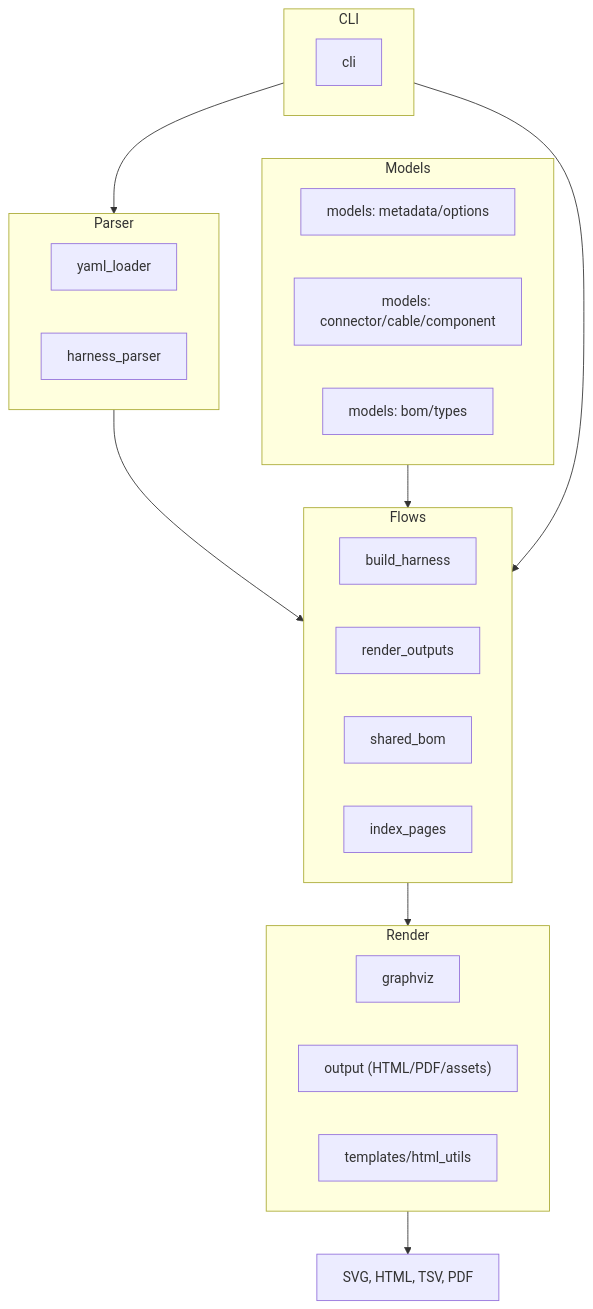
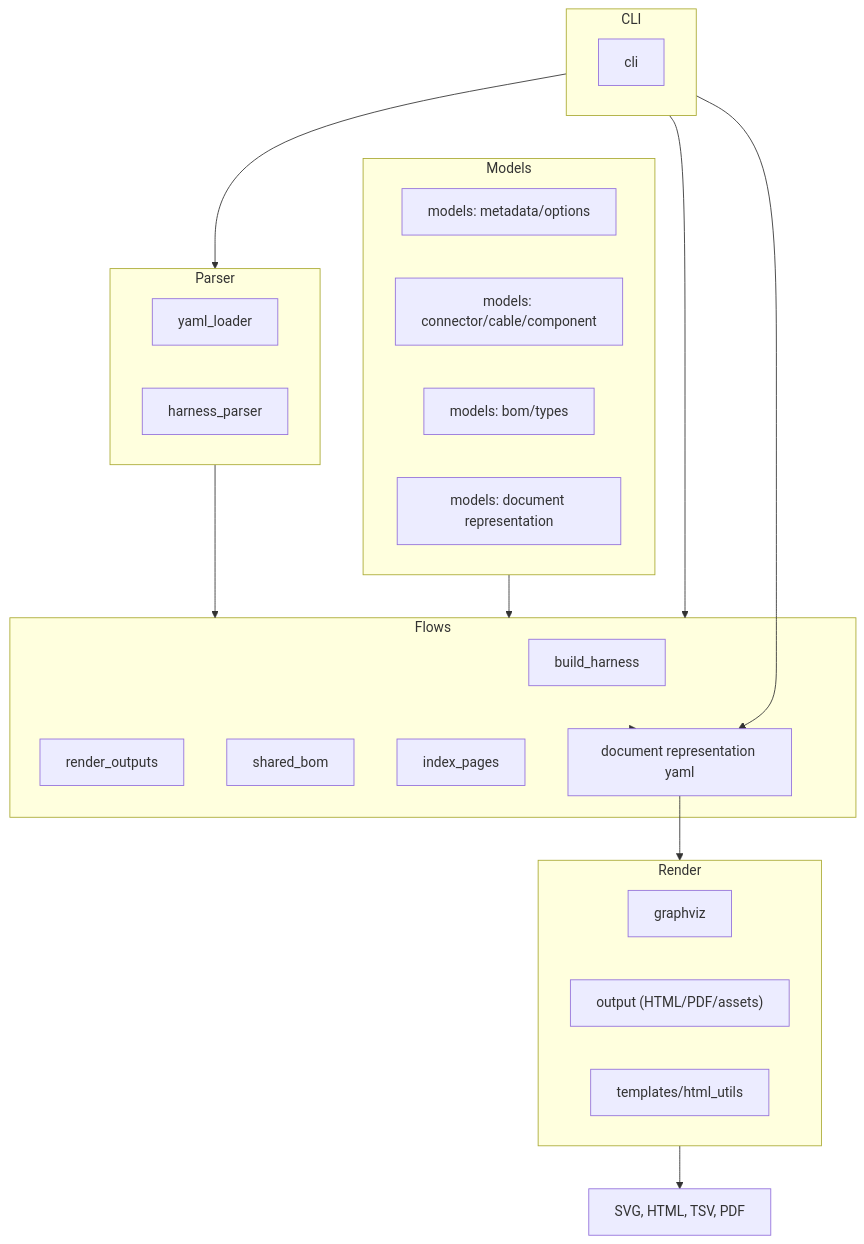
Before and after one commit to laurierloi/filare: the diagram in docs/architecture.md, drawn with Mermaid. The commit also changed other lines of this file and 6 other files, not shown here.

Commit message:
docs: document document-representation flow and CI staging

````diff
--- a/docs/architecture.md
+++ b/docs/architecture.md
@@ -12,37 +12,41 @@
 ```mermaid
 flowchart TD
   subgraph Models
     A1[models: metadata/options]
     A2[models: connector/cable/component]
     A3[models: bom/types]
+    A4[models: document representation]
   end
 
   subgraph Parser
     P1[yaml_loader]
     P2[harness_parser]
   end
 
   subgraph Flows
     F1[build_harness]
     F2[render_outputs]
     F3[shared_bom]
     F4[index_pages]
+    F5[document representation yaml]
   end
 
   subgraph Render
     R1[graphviz]
     R2["output (HTML/PDF/assets)"]
     R3[templates/html_utils]
   end
 
   subgraph CLI
     C1[cli]
   end
 
   Parser --> Flows
   Models --> Flows
-  Flows --> Render
+  Flows --> F5
+  F5 --> Render
   Render --> Outputs["SVG, HTML, TSV, PDF"]
   CLI --> Parser
   CLI --> Flows
+  CLI --> F5
 ```
````
